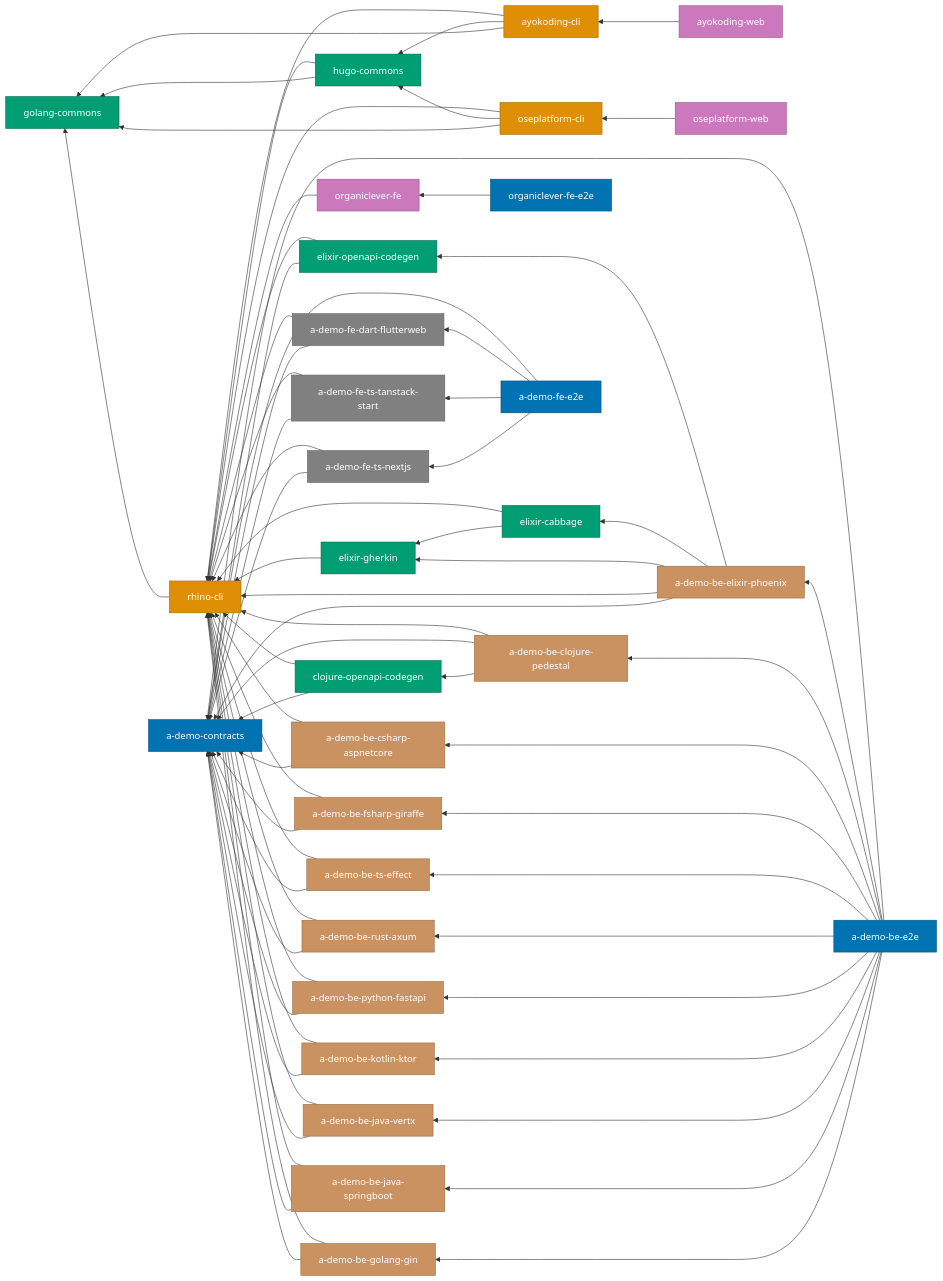
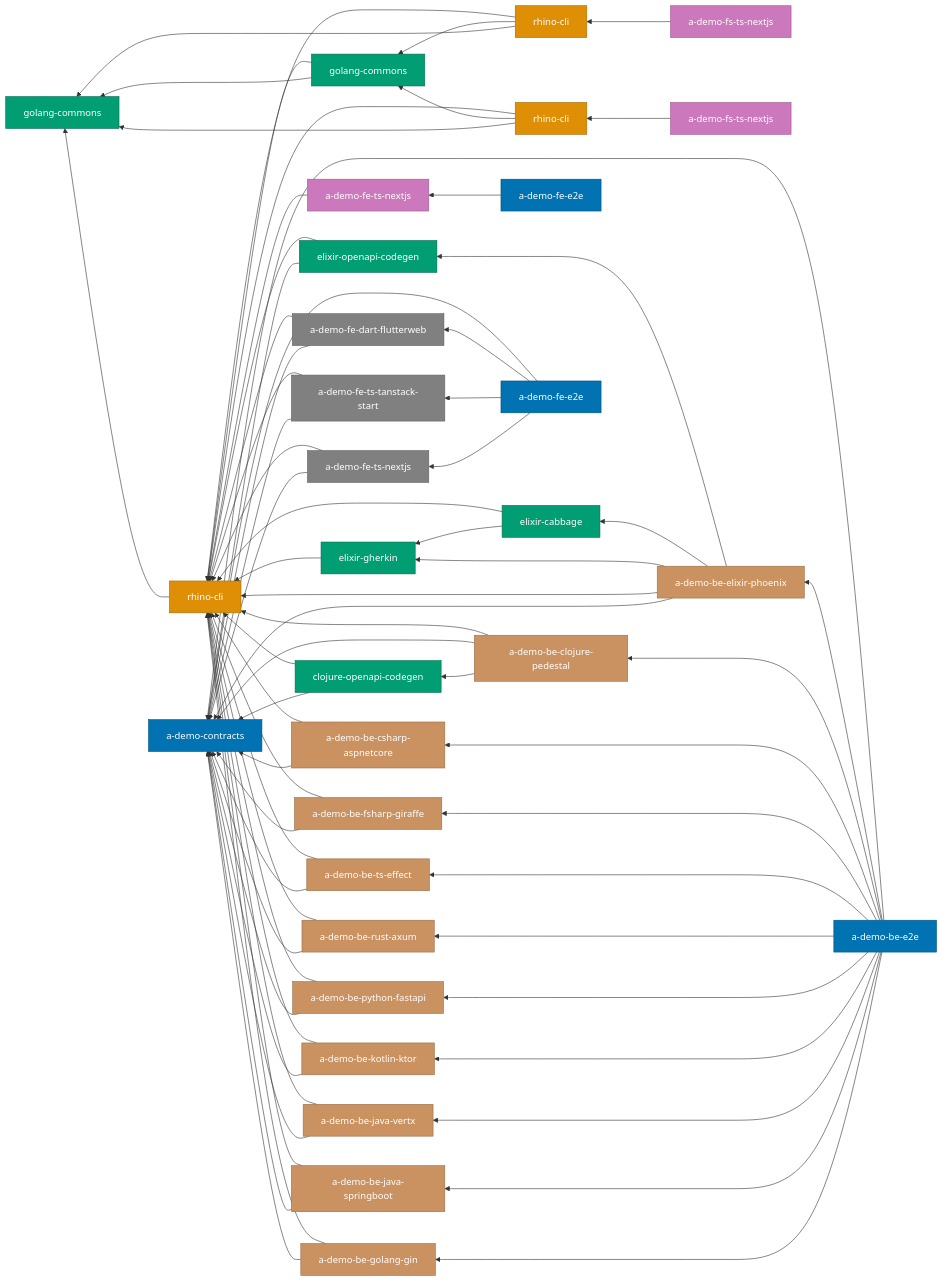
One commit to wahidyankf/ose-primer changed the diagram in docs/reference/project-dependency-graph.md. Above: the diagram before and after it, drawn with Mermaid. The commit also changed other lines of this file and 397 other files, not shown here.

```diff
--- a/docs/reference/project-dependency-graph.md
+++ b/docs/reference/project-dependency-graph.md
@@ -62,7 +62,7 @@
 
   %% Go libs (leaf / near-leaf)
   GC[golang-commons]
-  HC[hugo-commons]
+  HC[golang-commons]
 
   %% Elixir libs
   EG[elixir-gherkin]
@@ -74,16 +74,16 @@
 
   %% CLI tools
   RC[rhino-cli]
-  AKC[ayokoding-cli]
-  OPC[oseplatform-cli]
+  AKC[rhino-cli]
+  OPC[rhino-cli]
 
   %% Hugo sites
-  AKW[ayokoding-web]
-  OPW[oseplatform-web]
+  AKW[a-demo-fs-ts-nextjs]
+  OPW[a-demo-fs-ts-nextjs]
 
-  %% OrganicLever
-  OLW[organiclever-fe]
-  OLE[organiclever-fe-e2e]
+  %% a-demo
+  OLW[a-demo-fe-ts-nextjs]
+  OLE[a-demo-fe-e2e]
 
   %% Demo backends (grouped)
   GOLANG[a-demo-be-golang-gin]
@@ -133,7 +133,7 @@
   COC --> DC
   COC --> RC
 
-  %% OrganicLever
+  %% a-demo
   OLW --> RC
   OLE --> OLW
 
```
